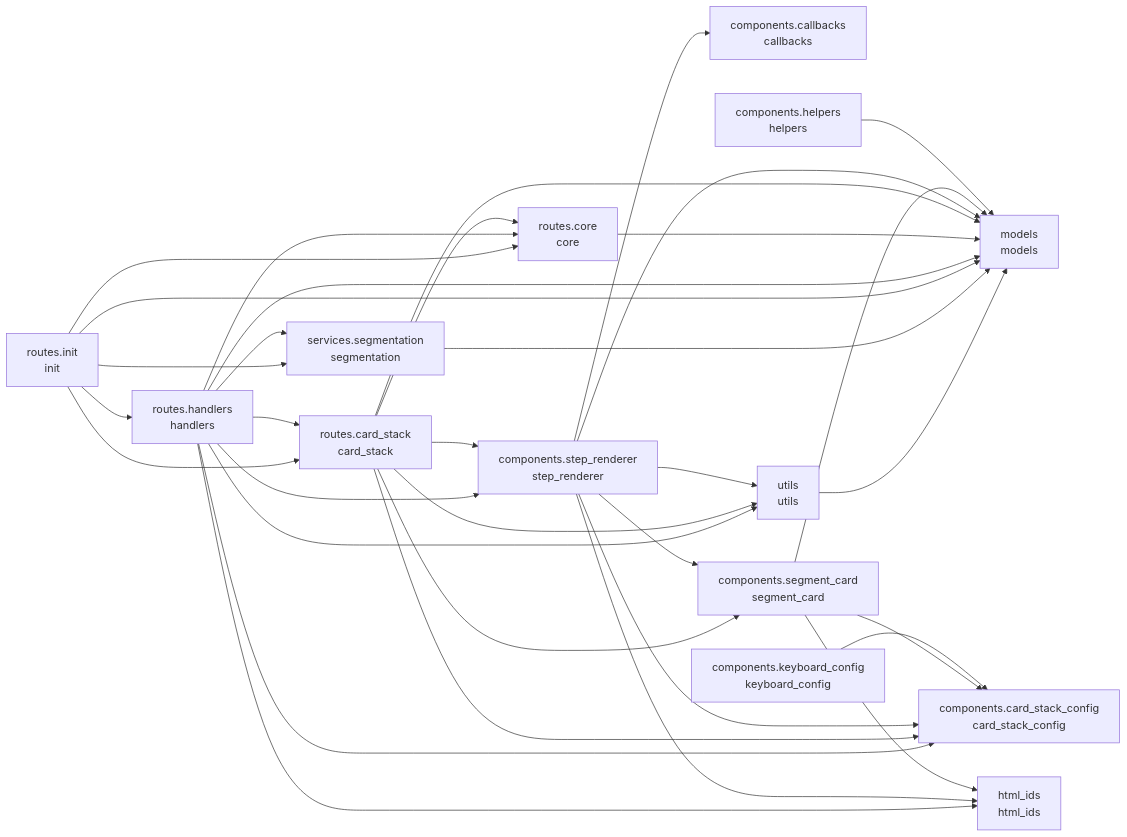
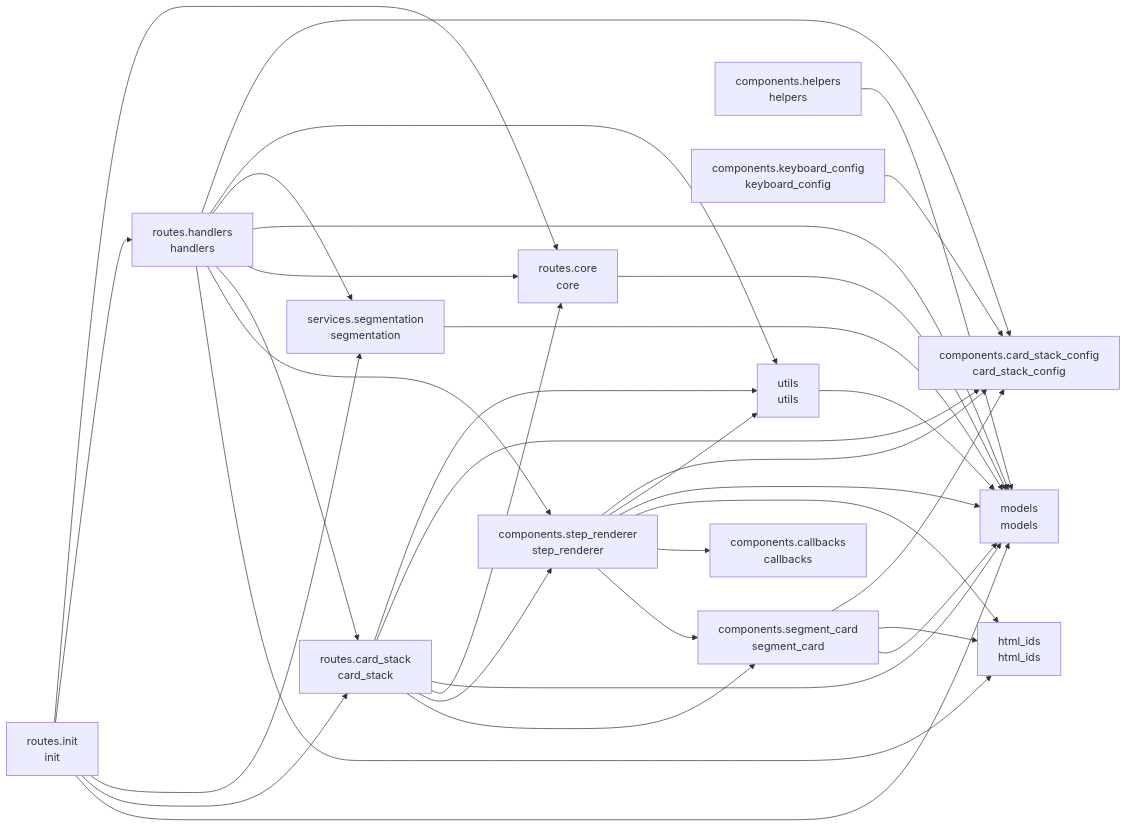
The diagram in README.md (cj-mills/cjm-transcript-segmentation), drawn with Mermaid before and after one commit. The commit also changed other lines of this file and 5 other files, not shown here.

Commit message:
Add compute_segmentation_urls helper + urls parameter so consumers can bind wrapped init via wrapped_handlers, retiring the duplicate-route override pattern that broke under FastHTML 0.14.

````diff
--- a/README.md
+++ b/README.md
@@ -37,51 +37,51 @@
 ``` mermaid
 graph LR
     components_callbacks[components.callbacks<br/>callbacks]
     components_card_stack_config[components.card_stack_config<br/>card_stack_config]
     components_helpers[components.helpers<br/>helpers]
     components_keyboard_config[components.keyboard_config<br/>keyboard_config]
     components_segment_card[components.segment_card<br/>segment_card]
     components_step_renderer[components.step_renderer<br/>step_renderer]
     html_ids[html_ids<br/>html_ids]
     models[models<br/>models]
     routes_card_stack[routes.card_stack<br/>card_stack]
     routes_core[routes.core<br/>core]
     routes_handlers[routes.handlers<br/>handlers]
     routes_init[routes.init<br/>init]
     services_segmentation[services.segmentation<br/>segmentation]
     utils[utils<br/>utils]
 
     components_helpers --> models
     components_keyboard_config --> components_card_stack_config
-    components_segment_card --> models
     components_segment_card --> components_card_stack_config
     components_segment_card --> html_ids
+    components_segment_card --> models
+    components_step_renderer --> components_card_stack_config
+    components_step_renderer --> utils
     components_step_renderer --> models
-    components_step_renderer --> utils
-    components_step_renderer --> components_card_stack_config
-    components_step_renderer --> components_segment_card
     components_step_renderer --> html_ids
     components_step_renderer --> components_callbacks
-    routes_card_stack --> routes_core
+    components_step_renderer --> components_segment_card
     routes_card_stack --> utils
     routes_card_stack --> components_card_stack_config
+    routes_card_stack --> models
+    routes_card_stack --> routes_core
+    routes_card_stack --> components_step_renderer
     routes_card_stack --> components_segment_card
-    routes_card_stack --> components_step_renderer
-    routes_card_stack --> models
     routes_core --> models
+    routes_handlers --> components_card_stack_config
+    routes_handlers --> utils
+    routes_handlers --> services_segmentation
+    routes_handlers --> models
     routes_handlers --> routes_core
     routes_handlers --> routes_card_stack
-    routes_handlers --> services_segmentation
-    routes_handlers --> models
-    routes_handlers --> components_card_stack_config
     routes_handlers --> components_step_renderer
     routes_handlers --> html_ids
-    routes_handlers --> utils
     routes_init --> routes_core
     routes_init --> routes_handlers
-    routes_init --> models
     routes_init --> services_segmentation
     routes_init --> routes_card_stack
+    routes_init --> models
     services_segmentation --> models
     utils --> models
 ```
````
